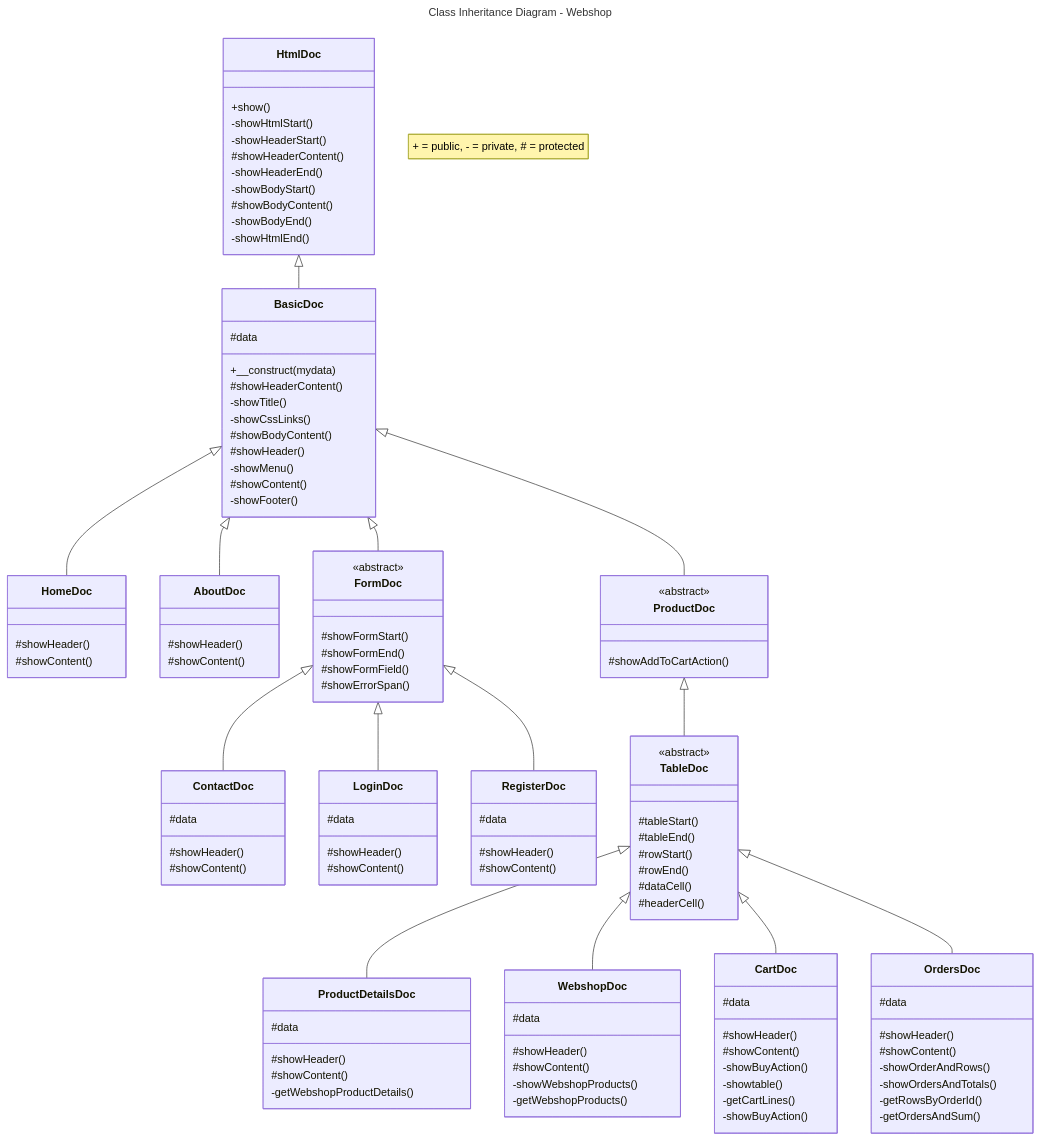
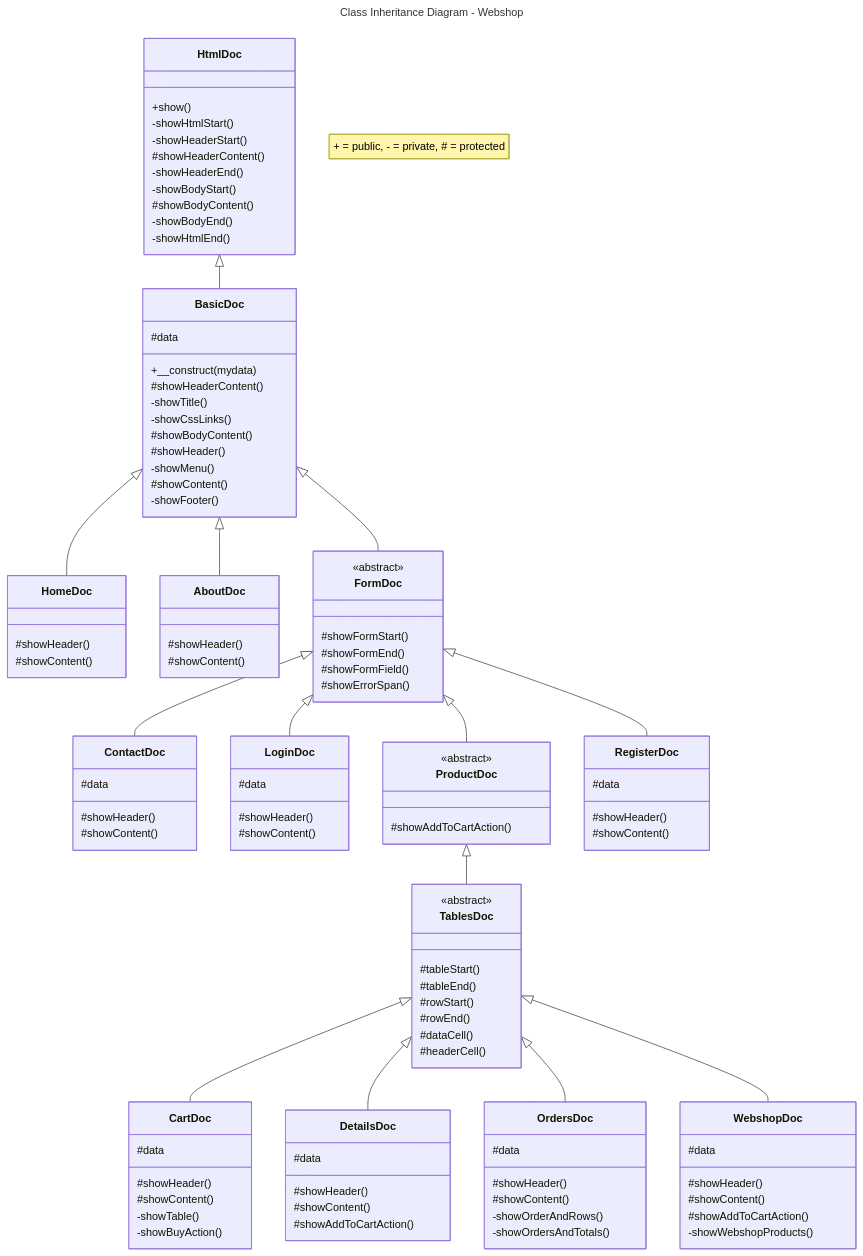
One commit to JeroenHeemskerk/educom-webshop-oop-1698314754 changed the diagram in Diagrams/class-inheritance-diagram-webshop.md. Above: the diagram before and after it, drawn with Mermaid.

Commit message:
Wijziging inheritance van product en aanpassing functies

````diff
--- a/Diagrams/class-inheritance-diagram-webshop.md
+++ b/Diagrams/class-inheritance-diagram-webshop.md
@@ -11,18 +11,18 @@
     BasicDoc <|-- HomeDoc
     BasicDoc <|-- AboutDoc
     BasicDoc <|-- FormDoc
-    BasicDoc <|-- ProductDoc
 
     FormDoc <|-- ContactDoc
     FormDoc <|-- LoginDoc
+    FormDoc <|-- ProductDoc
     FormDoc <|-- RegisterDoc
 
-    ProductDoc <|-- TableDoc
+    ProductDoc <|-- TablesDoc
 
-    TableDoc <|-- ProductDetailsDoc
-    TableDoc <|-- WebshopDoc
-    TableDoc <|-- CartDoc
-    TableDoc <|-- OrdersDoc
+    TablesDoc <|-- CartDoc
+    TablesDoc <|-- DetailsDoc
+    TablesDoc <|-- OrdersDoc
+    TablesDoc <|-- WebshopDoc
     
     class HtmlDoc{
        +show()
@@ -66,7 +66,7 @@
         <<abstract>>
         #showAddToCartAction()
     }
-    class TableDoc{
+    class TablesDoc{
         <<abstract>>
         #tableStart()
         #tableEnd()
@@ -94,9 +94,7 @@
         #data
         #showHeader()
         #showContent()
-        -showBuyAction()
-        -showtable()
-        -getCartLines()
+        -showTable()
         -showBuyAction()
     }
     class OrdersDoc{
@@ -105,21 +103,19 @@
         #showContent()
         -showOrderAndRows()
         -showOrdersAndTotals()
-        -getRowsByOrderId()
-        -getOrdersAndSum()
     }
-    class ProductDetailsDoc{
+    class DetailsDoc{
         #data
         #showHeader()
         #showContent()
-        -getWebshopProductDetails()
+        #showAddToCartAction()
     }
     class WebshopDoc{
         #data
         #showHeader()
         #showContent()
+        #showAddToCartAction()
         -showWebshopProducts()
-        -getWebshopProducts()
     }
 
 ```
````
